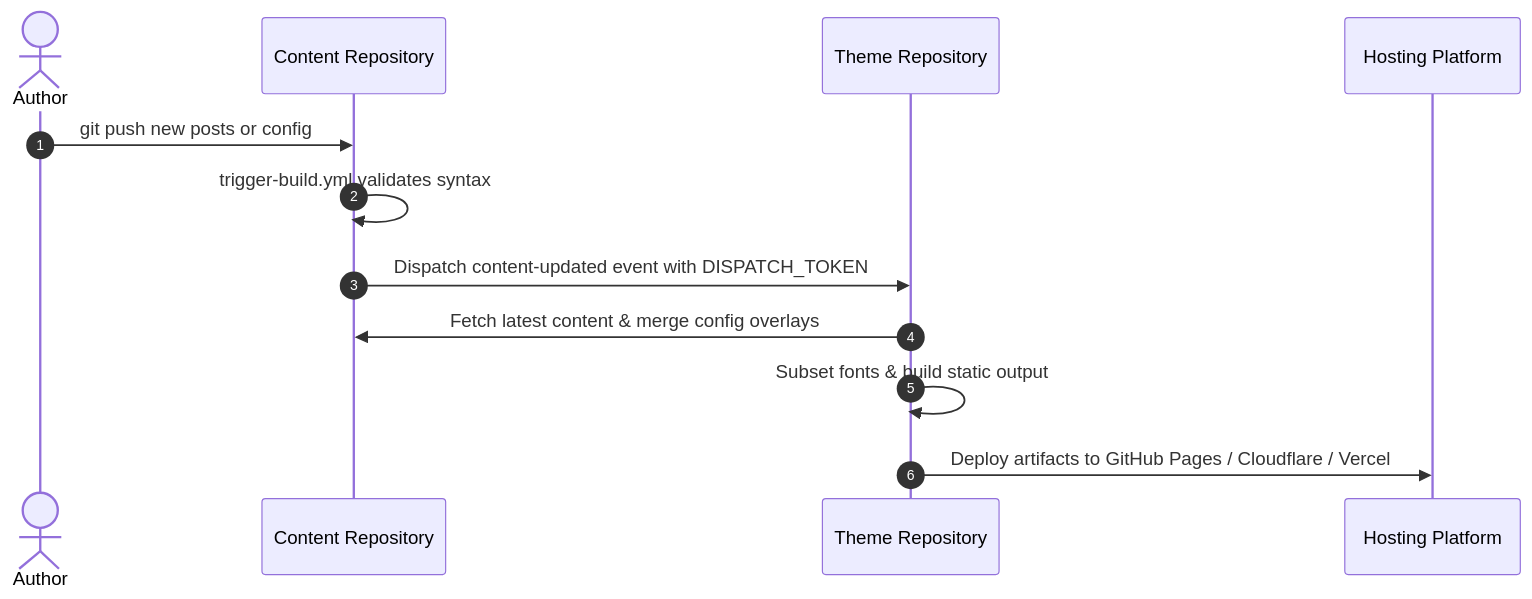
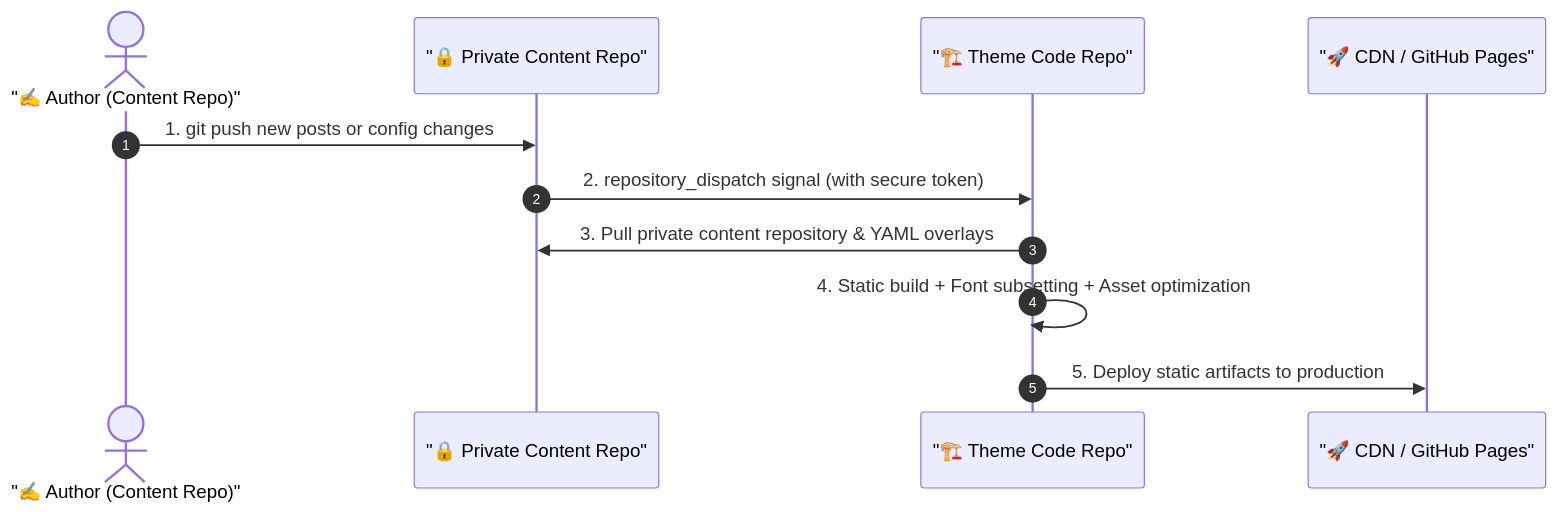
Before and after one commit to LyraVoid/Shirone-Docs: the diagram in docs/en/guide/content-separation/ci-dispatch/README.md, drawn with Mermaid. The commit also changed other lines of this file and 15 other files, not shown here.

````diff
--- a/docs/en/guide/content-separation/ci-dispatch/README.md
+++ b/docs/en/guide/content-separation/ci-dispatch/README.md
@@ -13,15 +13,14 @@
 ```mermaid
 sequenceDiagram
     autonumber
-    actor Author as Author
-    participant ContentRepo as Content Repository
-    participant ThemeRepo as Theme Repository
-    participant DeployHost as Hosting Platform
+    actor Author as "✍️ Author (Content Repo)"
+    participant ContentRepo as "🔒 Private Content Repo"
+    participant ThemeRepo as "🏗️ Theme Code Repo"
+    participant DeployTarget as "🚀 CDN / GitHub Pages"
 
-    Author->>ContentRepo: git push new posts or config
-    ContentRepo->>ContentRepo: trigger-build.yml validates syntax
-    ContentRepo->>ThemeRepo: Dispatch content-updated event with DISPATCH_TOKEN
-    ThemeRepo->>ContentRepo: Fetch latest content & merge config overlays
-    ThemeRepo->>ThemeRepo: Subset fonts & build static output
-    ThemeRepo->>DeployHost: Deploy artifacts to GitHub Pages / Cloudflare / Vercel
+    Author->>ContentRepo: 1. git push new posts or config changes
+    ContentRepo->>ThemeRepo: 2. repository_dispatch signal (with secure token)
+    ThemeRepo->>ContentRepo: 3. Pull private content repository & YAML overlays
+    ThemeRepo->>ThemeRepo: 4. Static build + Font subsetting + Asset optimization
+    ThemeRepo->>DeployTarget: 5. Deploy static artifacts to production
 ```
````
